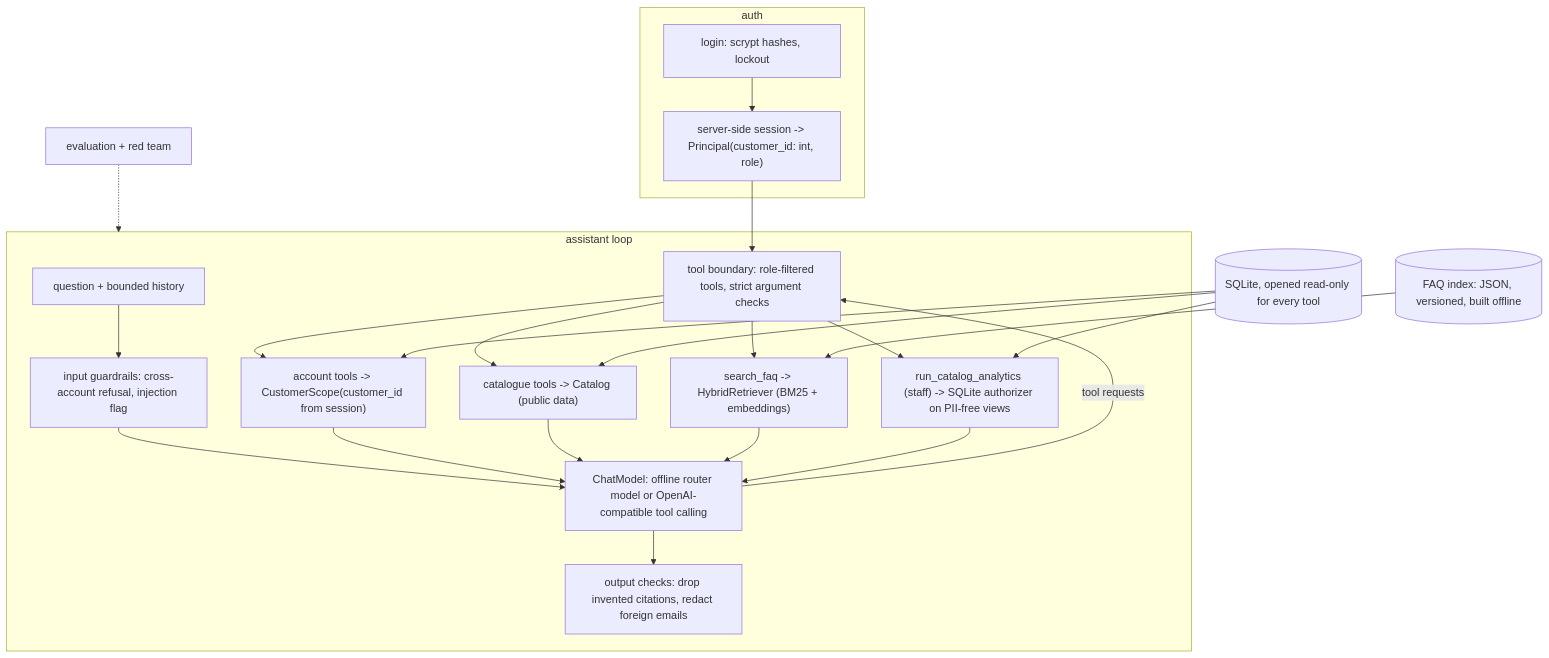
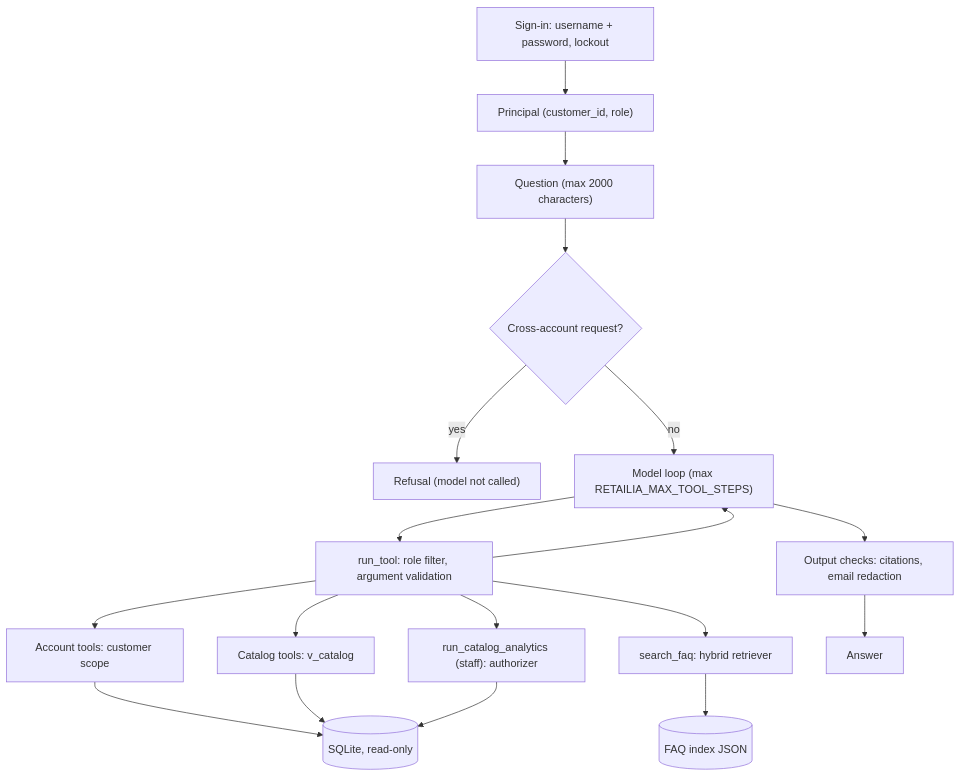
The third of 3 diagrams in README.md (KrishnaAnnavaram/retailia), drawn with Mermaid before and after one commit. The commit also changed other lines of this file and 3 other files, not shown here.

````diff
--- a/README.md
+++ b/README.md
@@ -21,21 +219,20 @@
 ```mermaid
 flowchart TB
-  subgraph auth["auth"]
-    LG["login: scrypt hashes, lockout"] --> SES["server-side session -> Principal(customer_id: int, role)"]
-  end
-  subgraph assistant["assistant loop"]
-    Q["question + bounded history"] --> GR["input guardrails: cross-account refusal, injection flag"]
-    GR --> M["ChatModel: offline router model or OpenAI-compatible tool calling"]
-    M -->|"tool requests"| TB["tool boundary: role-filtered tools, strict argument checks"]
-    TB --> ACC["account tools -> CustomerScope(customer_id from session)"]
-    TB --> CAT["catalogue tools -> Catalog (public data)"]
-    TB --> FAQ["search_faq -> HybridRetriever (BM25 + embeddings)"]
-    TB --> AN["run_catalog_analytics (staff) -> SQLite authorizer on PII-free views"]
-    ACC & CAT & FAQ & AN --> M
-    M --> OUT["output checks: drop invented citations, redact foreign emails"]
-  end
-  SES --> TB
-  DB[("SQLite, opened read-only for every tool")] --> ACC & CAT & AN
-  IDX[("FAQ index: JSON, versioned, built offline")] --> FAQ
-  EV["evaluation + red team"] -.-> assistant
+    S["Sign-in: username + password, lockout"] --> P["Principal (customer_id, role)"]
+    P --> Q["Question (max 2000 characters)"]
+    Q --> X{"Cross-account request?"}
+    X -- "yes" --> R["Refusal (model not called)"]
+    X -- "no" --> L["Model loop (max RETAILIA_MAX_TOOL_STEPS)"]
+    L --> T["run_tool: role filter, argument validation"]
+    T --> AT["Account tools: customer scope"]
+    T --> CT["Catalog tools: v_catalog"]
+    T --> FT["search_faq: hybrid retriever"]
+    T --> ST["run_catalog_analytics (staff): authorizer"]
+    AT --> DB[("SQLite, read-only")]
+    CT --> DB
+    ST --> DB
+    FT --> IDX[("FAQ index JSON")]
+    T --> L
+    L --> O["Output checks: citations, email redaction"]
+    O --> A["Answer"]
 ```
````
